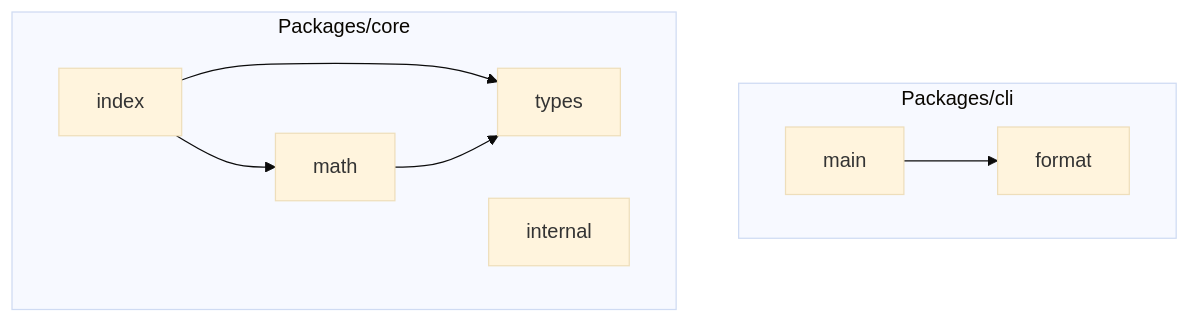
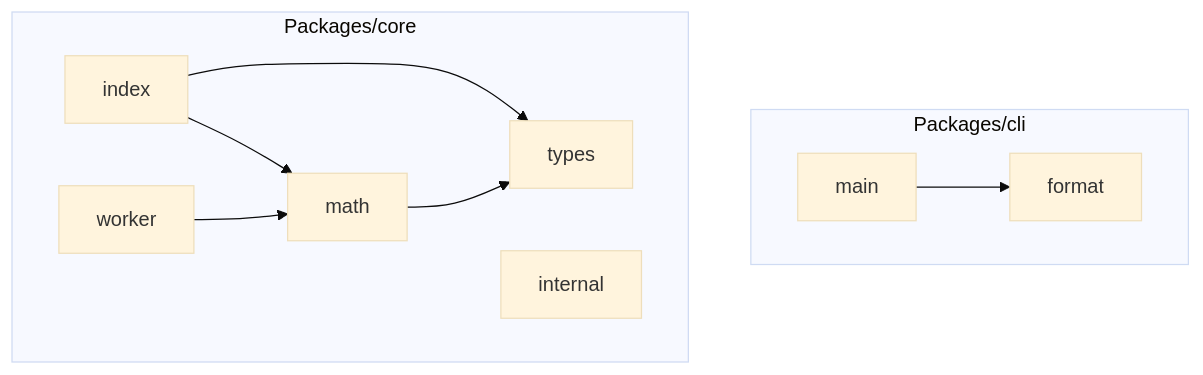
Before and after one commit to danielsimonjr/repo-tools: the second of 2 diagrams in tests/golden/depgraph/mono-repo/default/DEPENDENCY_GRAPH.md, drawn with Mermaid (base theme). The commit also changed other lines of this file and 25 other files, not shown here.

````diff
--- a/tests/golden/depgraph/mono-repo/default/DEPENDENCY_GRAPH.md
+++ b/tests/golden/depgraph/mono-repo/default/DEPENDENCY_GRAPH.md
@@ -150,19 +163,21 @@
 ```mermaid
 graph TD
     subgraph Packages/cli
         N0[format]
         N1[main]
     end
 
     subgraph Packages/core
         N2[index]
         N3[internal]
         N4[math]
         N5[types]
+        N6[worker]
     end
 
     N1 --> N0
     N2 --> N4
     N2 --> N5
     N4 --> N5
+    N6 --> N4
 ```
````
